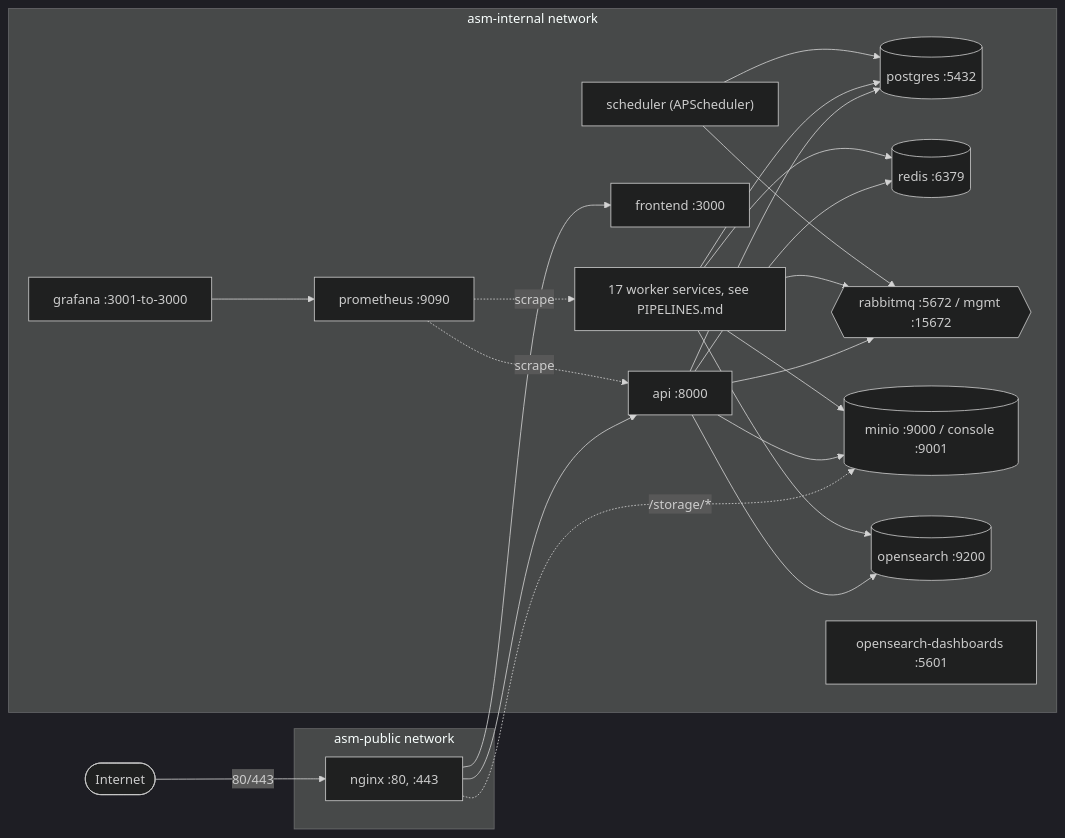
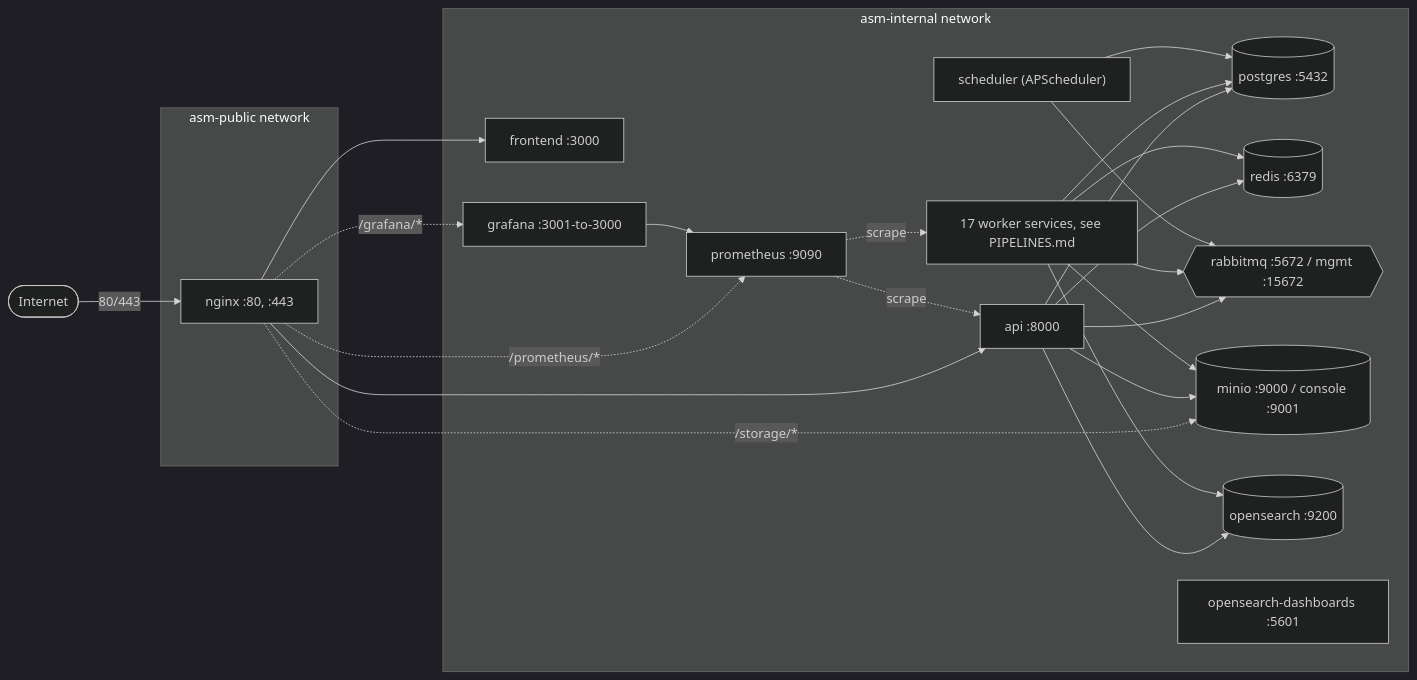
The second of 4 diagrams in docs/ARCHITECTURE.md (ikblmhndra/attack-surfaces-management), drawn with Mermaid (dark theme) before and after one commit. The commit also changed other lines of this file and 9 other files, not shown here.

````diff
--- a/docs/ARCHITECTURE.md
+++ b/docs/ARCHITECTURE.md
@@ -103,32 +109,34 @@
 ```mermaid
 flowchart LR
     subgraph public["asm-public network"]
         nginx["nginx :80, :443"]
     end
 
     subgraph internal["asm-internal network"]
         api["api :8000"]
         frontend["frontend :3000"]
         postgres[("postgres :5432")]
         redis[("redis :6379")]
         rabbitmq{{"rabbitmq :5672 / mgmt :15672"}}
         minio[("minio :9000 / console :9001")]
         opensearch[("opensearch :9200")]
         osd["opensearch-dashboards :5601"]
         prometheus["prometheus :9090"]
         grafana["grafana :3001-to-3000"]
         scheduler["scheduler (APScheduler)"]
         w1["17 worker services, see PIPELINES.md"]
     end
 
     internet(["Internet"]) -->|"80/443"| nginx
     nginx --> api
     nginx --> frontend
     nginx -.->|"/storage/*"| minio
+    nginx -.->|"/grafana/*"| grafana
+    nginx -.->|"/prometheus/*"| prometheus
     api --> postgres & redis & rabbitmq & opensearch & minio
     w1 --> postgres & redis & rabbitmq & minio & opensearch
     scheduler --> postgres & rabbitmq
     prometheus -.->|scrape| api
     prometheus -.->|scrape| w1
     grafana --> prometheus
 ```
````
